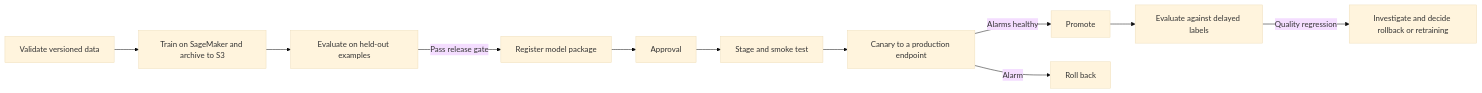
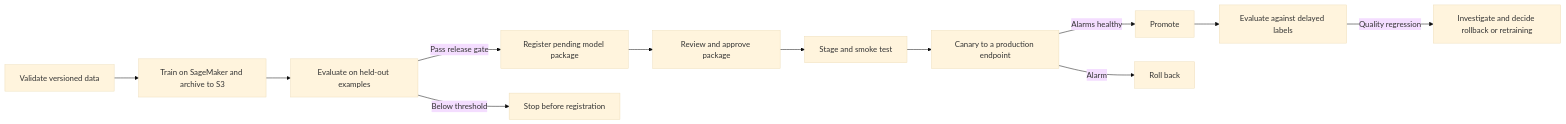
Before and after one commit to rav94/sagemaker-ai-signal-to-action-workshop: the diagram in docs/mlops.md, drawn with Mermaid (base theme). The commit also changed other lines of this file and 43 other files, not shown here.

Commit message:
Updating workshop final flow

````diff
--- a/docs/mlops.md
+++ b/docs/mlops.md
@@ -3,13 +15,14 @@
 ```mermaid
 flowchart LR
     A[Validate versioned data] --> B[Train on SageMaker and archive to S3]
     B --> C[Evaluate on held-out examples]
-    C -->|Pass release gate| D[Register model package]
-    D --> E[Approval]
+    C -->|Pass release gate| D[Register pending model package]
+    C -->|Below threshold| L[Stop before registration]
+    D --> E[Review and approve package]
     E --> F[Stage and smoke test]
     F --> G[Canary to a production endpoint]
     G -->|Alarms healthy| H[Promote]
     G -->|Alarm| I[Roll back]
     H --> J[Evaluate against delayed labels]
     J -->|Quality regression| K[Investigate and decide rollback or retraining]
 ```
````
